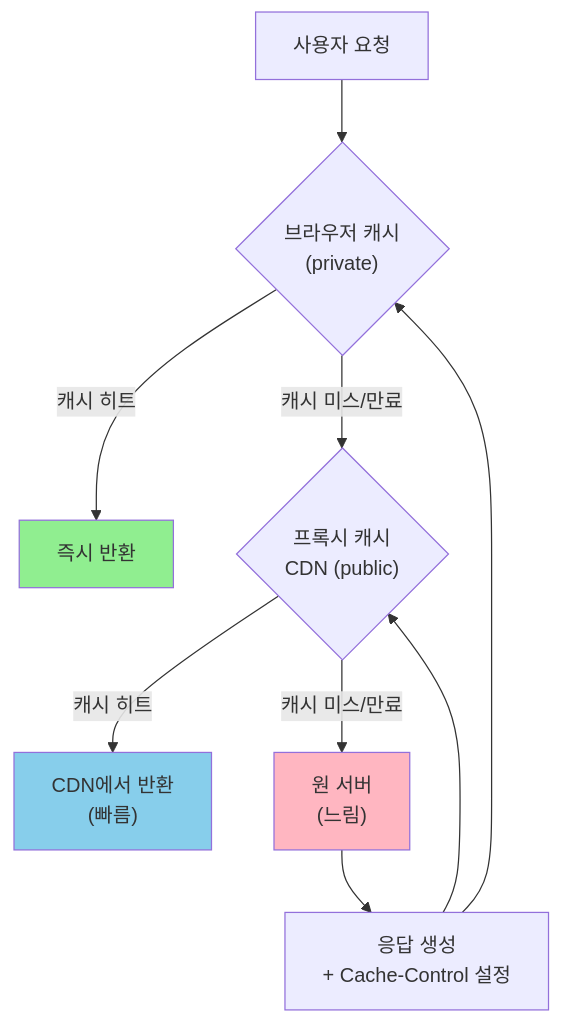
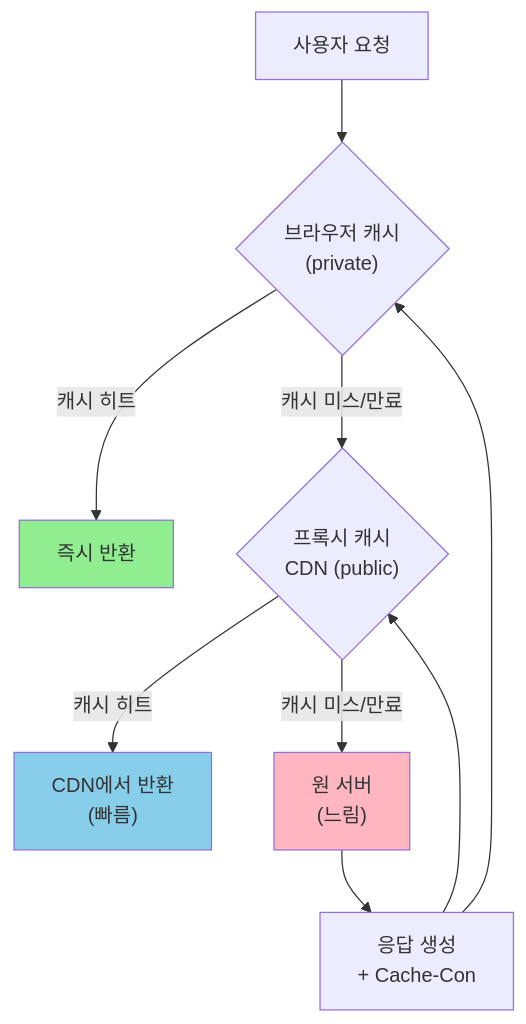
One commit to yjkim2015/yjkim2015.github.io changed the sixth of 6 diagrams in _posts/http/2021-04-25-http-11.md. Above: the diagram before and after it, drawn with Mermaid. The commit also changed other lines of this file and 271 other files, not shown here.

First line of the commit message:
Mermaid 라벨 축소: 긴 노드 텍스트 18자 이하로 트림 + \n 제거

````diff
--- a/_posts/http/2021-04-25-http-11.md
+++ b/_posts/http/2021-04-25-http-11.md
@@ -316,14 +316,14 @@
 ```mermaid
 graph TD
     A["사용자 요청"] --> B{"브라우저 캐시\n(private)"}
     B -- "캐시 히트" --> Z["즉시 반환"]
     B -- "캐시 미스/만료" --> C{"프록시 캐시\nCDN (public)"}
     C -- "캐시 히트" --> Y["CDN에서 반환\n(빠름)"]
     C -- "캐시 미스/만료" --> D["원 서버\n(느림)"]
-    D --> E["응답 생성\n+ Cache-Control 설정"]
+    D --> E["응답 생성\n+ Cache-Con"]
     E --> C
     E --> B
     style Z fill:#90EE90
     style Y fill:#87CEEB
     style D fill:#FFB6C1
 ```
````
